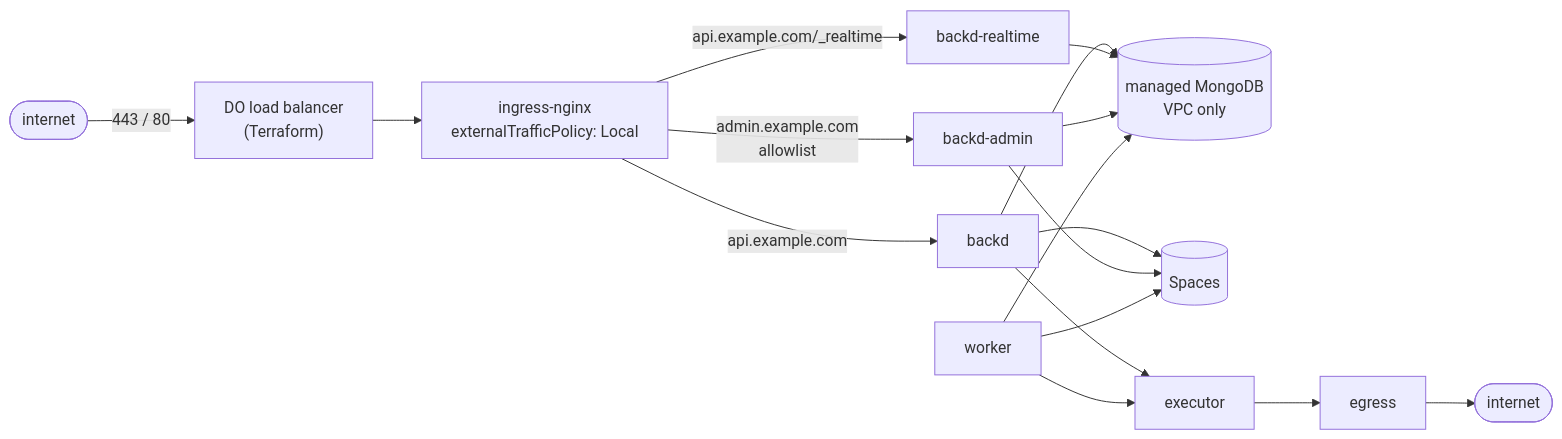
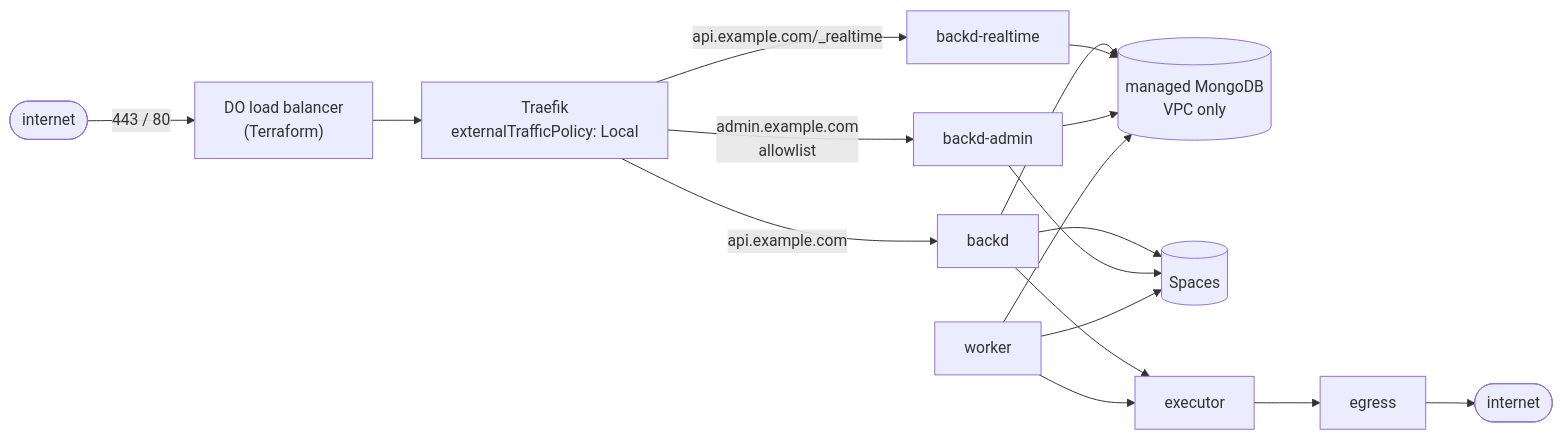
Before and after one commit to fernandezvara/backd: the diagram in design/kubernetes.md, drawn with Mermaid. The commit also changed other lines of this file and 11 other files, not shown here.

First line of the commit message:
Terraform: the ingress controller (Traefik), its load balancer and the DNS records

````diff
--- a/design/kubernetes.md
+++ b/design/kubernetes.md
@@ -101,11 +101,11 @@
 ```mermaid
 flowchart LR
     internet([internet]) -- "443 / 80" --> lb["DO load balancer<br/>(Terraform)"]
-    lb --> ing["ingress-nginx<br/>externalTrafficPolicy: Local"]
+    lb --> ing["Traefik<br/>externalTrafficPolicy: Local"]
     ing -- "api.example.com" --> backd
     ing -- "api.example.com/_realtime" --> rt["backd-realtime"]
     ing -- "admin.example.com<br/>allowlist" --> admin["backd-admin"]
     backd & rt & admin & worker --> db[("managed MongoDB<br/>VPC only")]
     backd & admin & worker --> spaces[("Spaces")]
     backd & worker --> exec["executor"] --> egress --> web([internet])
 ```
````
